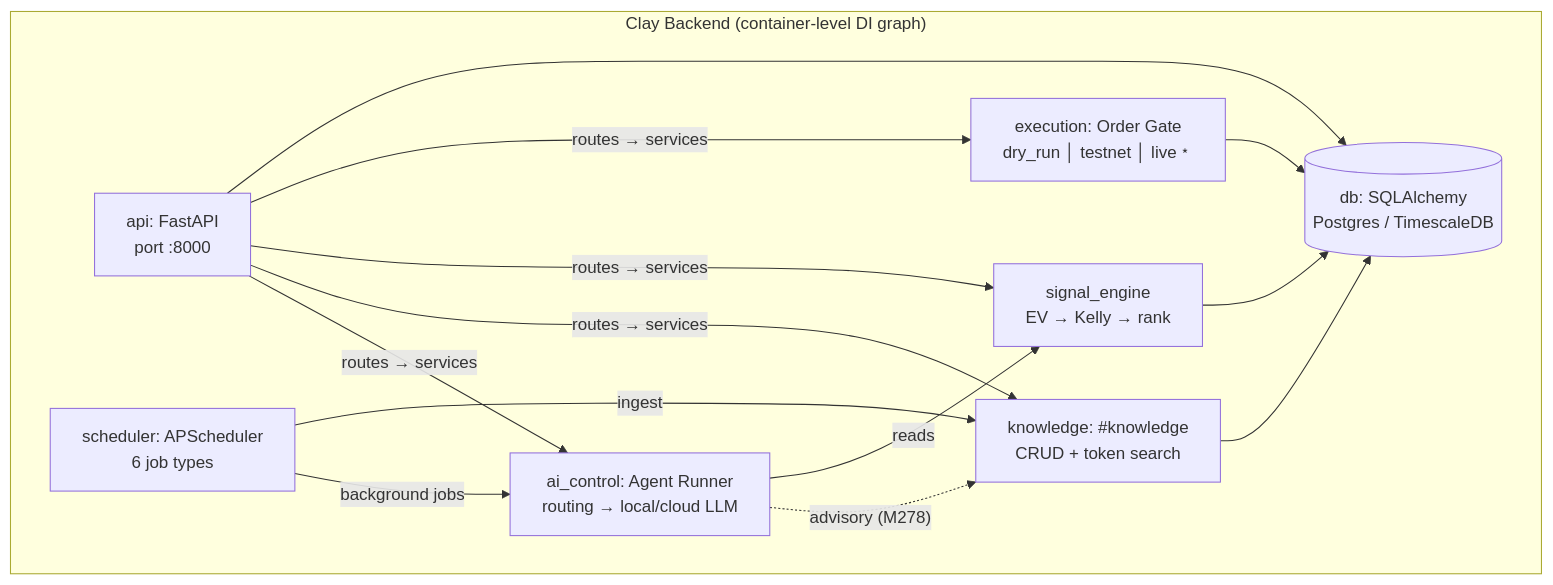
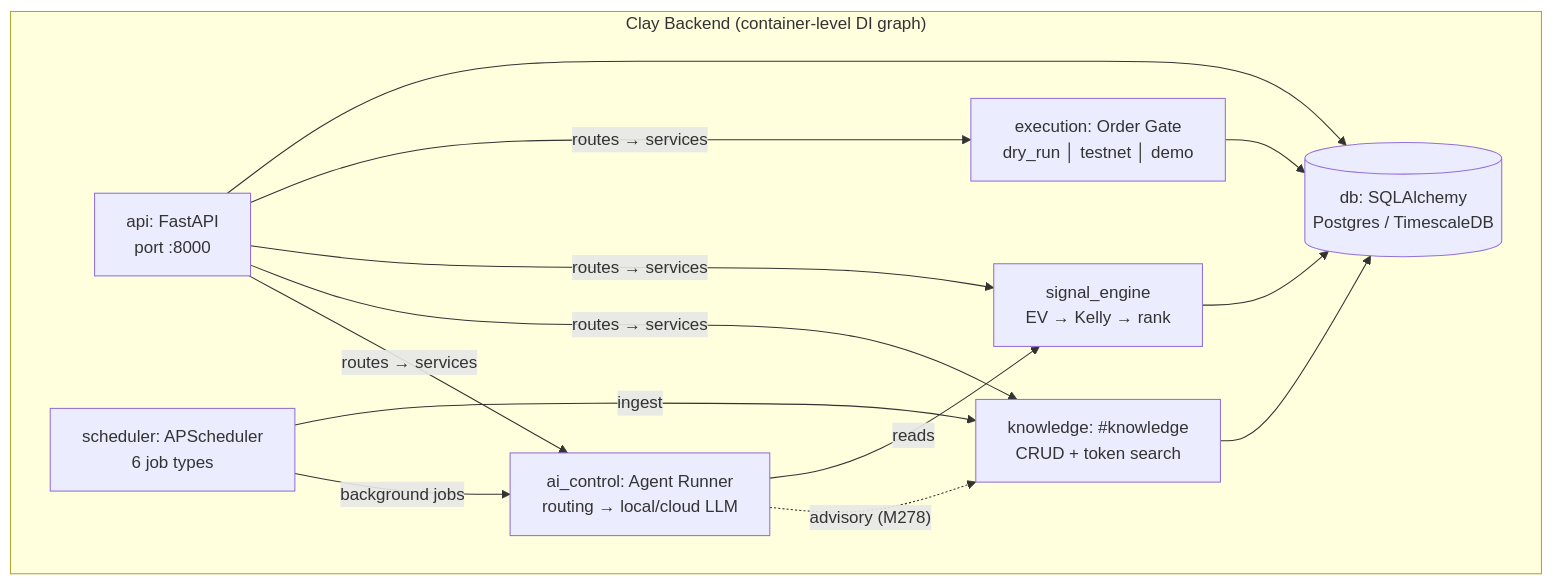
The second of 2 diagrams in docs/architecture-maps/index.md (newvogue-labs/clay), drawn with Mermaid before and after one commit. The commit also changed other lines of this file and 6 other files, not shown here.

First line of the commit message:
feat(execution): venue-selection (binance|bybit) + demo mode (#128)

````diff
--- a/docs/architecture-maps/index.md
+++ b/docs/architecture-maps/index.md
@@ -24,28 +24,28 @@
 ```mermaid
 graph TB
     subgraph "Clay Backend (container-level DI graph)"
         API["api: FastAPI<br/>port :8000"]
         Scheduler["scheduler: APScheduler<br/>6 job types"]
         AIControl["ai_control: Agent Runner<br/>routing → local/cloud LLM"]
         Knowledge["knowledge: #knowledge<br/>CRUD + token search"]
         Signal["signal_engine<br/>EV → Kelly → rank"]
-        Execution["execution: Order Gate<br/>dry_run │ testnet │ live﹡"]
+        Execution["execution: Order Gate<br/>dry_run │ testnet │ demo"]
         DB[("db: SQLAlchemy<br/>Postgres / TimescaleDB")]
     end
 
     API -->|"routes → services"| AIControl
     API -->|"routes → services"| Knowledge
     API -->|"routes → services"| Signal
     API -->|"routes → services"| Execution
 
     Scheduler -->|"background jobs"| AIControl
     Scheduler -->|"ingest"| Knowledge
 
     AIControl -.->|"advisory (M278)"| Knowledge
     AIControl -->|"reads"| Signal
 
     Knowledge --> DB
     Signal --> DB
     Execution --> DB
     API --> DB
 ```
````
